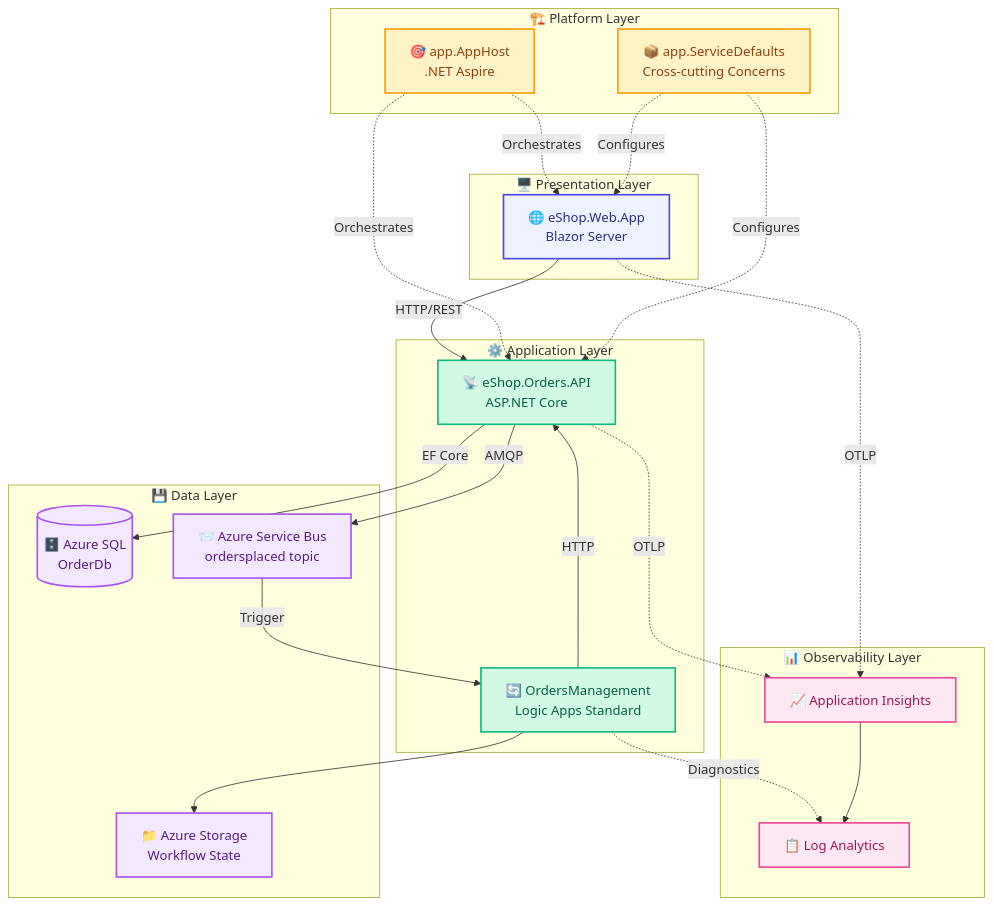
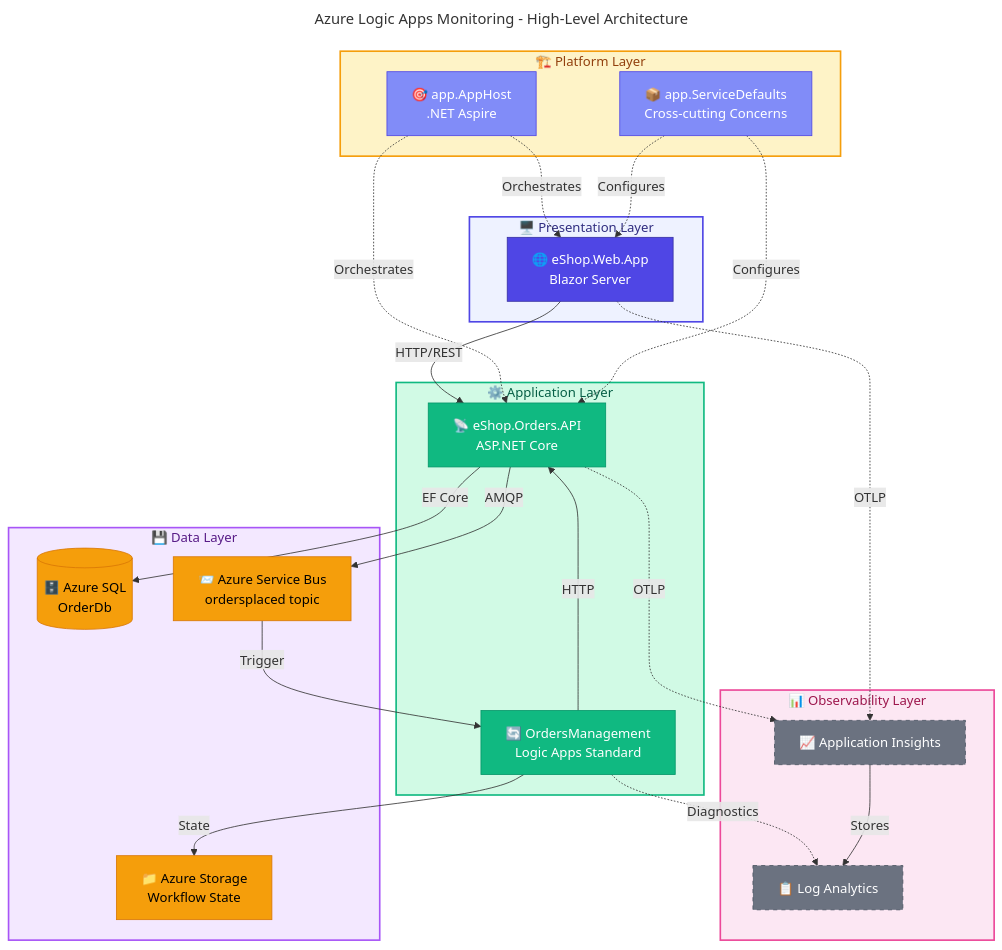
The diagram in docs/architecture/README.md (Evilazaro/Azure-LogicApps-Monitoring), drawn with Mermaid before and after one commit.

Commit message:
docs: Enhance mermaid diagram in high-level architecture with improved styling and connections for better clarity and organization

````diff
--- a/docs/architecture/README.md
+++ b/docs/architecture/README.md
@@ -37,57 +37,75 @@
 ```mermaid
+---
+title: Azure Logic Apps Monitoring - High-Level Architecture
+---
 flowchart TD
+    %% ===== STYLE DEFINITIONS =====
+    classDef primary fill:#4F46E5,stroke:#3730A3,color:#FFFFFF
+    classDef secondary fill:#10B981,stroke:#059669,color:#FFFFFF
+    classDef datastore fill:#F59E0B,stroke:#D97706,color:#000000
+    classDef external fill:#6B7280,stroke:#4B5563,color:#FFFFFF,stroke-dasharray: 5 5
+    classDef failed fill:#F44336,stroke:#C62828,color:#FFFFFF
+    classDef trigger fill:#818CF8,stroke:#4F46E5,color:#FFFFFF
+    classDef decision fill:#FFFBEB,stroke:#F59E0B,color:#000000
+    classDef input fill:#F3F4F6,stroke:#6B7280,color:#000000
+
+    %% ===== PRESENTATION LAYER =====
     subgraph Presentation["🖥️ Presentation Layer"]
         WebApp["🌐 eShop.Web.App<br/>Blazor Server"]
     end
+    style Presentation fill:#EEF2FF,stroke:#4F46E5,stroke-width:2px,color:#312E81
 
+    %% ===== APPLICATION LAYER =====
     subgraph Application["⚙️ Application Layer"]
         API["📡 eShop.Orders.API<br/>ASP.NET Core"]
         LogicApp["🔄 OrdersManagement<br/>Logic Apps Standard"]
     end
+    style Application fill:#D1FAE5,stroke:#10B981,stroke-width:2px,color:#065F46
 
+    %% ===== PLATFORM LAYER =====
     subgraph Platform["🏗️ Platform Layer"]
         Aspire["🎯 app.AppHost<br/>.NET Aspire"]
         Defaults["📦 app.ServiceDefaults<br/>Cross-cutting Concerns"]
     end
+    style Platform fill:#FEF3C7,stroke:#F59E0B,stroke-width:2px,color:#92400E
 
+    %% ===== DATA LAYER =====
     subgraph Data["💾 Data Layer"]
         SQL[("🗄️ Azure SQL<br/>OrderDb")]
         SB["📨 Azure Service Bus<br/>ordersplaced topic"]
         Storage["📁 Azure Storage<br/>Workflow State"]
     end
+    style Data fill:#F3E8FF,stroke:#A855F7,stroke-width:2px,color:#581C87
 
+    %% ===== OBSERVABILITY LAYER =====
     subgraph Observability["📊 Observability Layer"]
         AI["📈 Application Insights"]
         LAW["📋 Log Analytics"]
     end
+    style Observability fill:#FCE7F3,stroke:#EC4899,stroke-width:2px,color:#9D174D
 
+    %% ===== CONNECTIONS =====
     WebApp -->|"HTTP/REST"| API
     API -->|"EF Core"| SQL
     API -->|"AMQP"| SB
     SB -->|"Trigger"| LogicApp
     LogicApp -->|"HTTP"| API
-    LogicApp --> Storage
+    LogicApp -->|"State"| Storage
 
     Aspire -.->|"Orchestrates"| WebApp
     Aspire -.->|"Orchestrates"| API
     Defaults -.->|"Configures"| WebApp
     Defaults -.->|"Configures"| API
 
     WebApp -.->|"OTLP"| AI
     API -.->|"OTLP"| AI
     LogicApp -.->|"Diagnostics"| LAW
-    AI --> LAW
+    AI -->|"Stores"| LAW
 
-    %% Modern color palette - WCAG AA compliant
-    classDef presentation fill:#EEF2FF,stroke:#4F46E5,stroke-width:2px,color:#312E81
-    classDef application fill:#D1FAE5,stroke:#10B981,stroke-width:2px,color:#065F46
-    classDef platform fill:#FEF3C7,stroke:#F59E0B,stroke-width:2px,color:#92400E
-    classDef data fill:#F3E8FF,stroke:#A855F7,stroke-width:2px,color:#581C87
-    classDef observability fill:#FCE7F3,stroke:#EC4899,stroke-width:2px,color:#9D174D
-
-    class WebApp presentation
-    class API,LogicApp application
-    class Aspire,Defaults platform
-    class SQL,SB,Storage data
-    class AI,LAW observability
+    %% ===== CLASS ASSIGNMENTS =====
+    class WebApp primary
+    class API,LogicApp secondary
+    class Aspire,Defaults trigger
+    class SQL,SB,Storage datastore
+    class AI,LAW external
 ```
````
